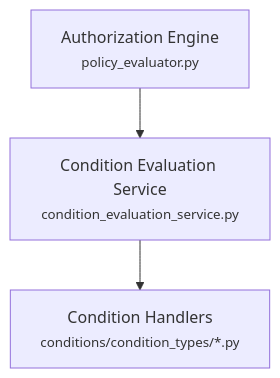
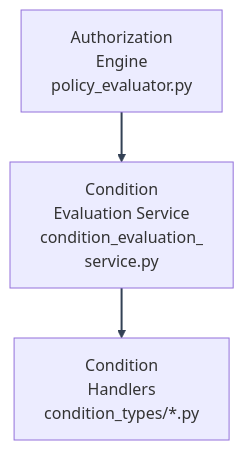
One commit to Nachiket-2024/balance_sheet_analysis changed the diagram in docs/mystic_auth/authorization/adding-condition-handlers.md. Above: the diagram before and after it, drawn with Mermaid. The commit also changed other lines of this file and 1793 other files, not shown here.

````diff
--- a/docs/mystic_auth/authorization/adding-condition-handlers.md
+++ b/docs/mystic_auth/authorization/adding-condition-handlers.md
@@ -5,8 +8,9 @@
 ```mermaid
+%%{init: {"themeVariables": {"lineColor": "#334155"}} }%%
 flowchart TD
-    Engine["Authorization Engine<br/><small>policy_evaluator.py</small>"]
-    Service["Condition Evaluation Service<br/><small>condition_evaluation_service.py</small>"]
-    Handlers["Condition Handlers<br/><small>conditions/condition_types/*.py</small>"]
-
+    Engine["Authorization\n Engine\n policy_evaluator.py"]
+    Service["Condition\n Evaluation Service\n condition_evaluation_\n service.py"]
+    Handlers["Condition\n Handlers\n condition_types/*.py"]
     Engine --> Service --> Handlers
+    linkStyle default stroke:#334155,stroke-width:2px
 ```
````
